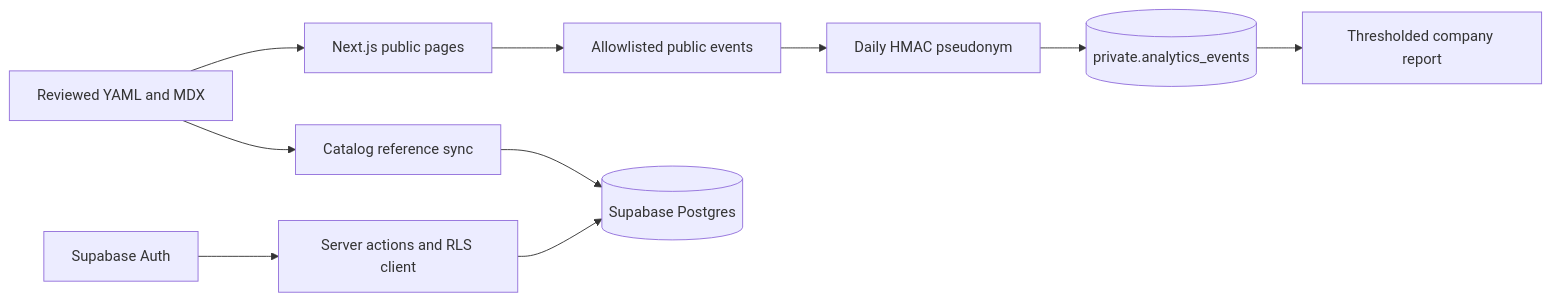
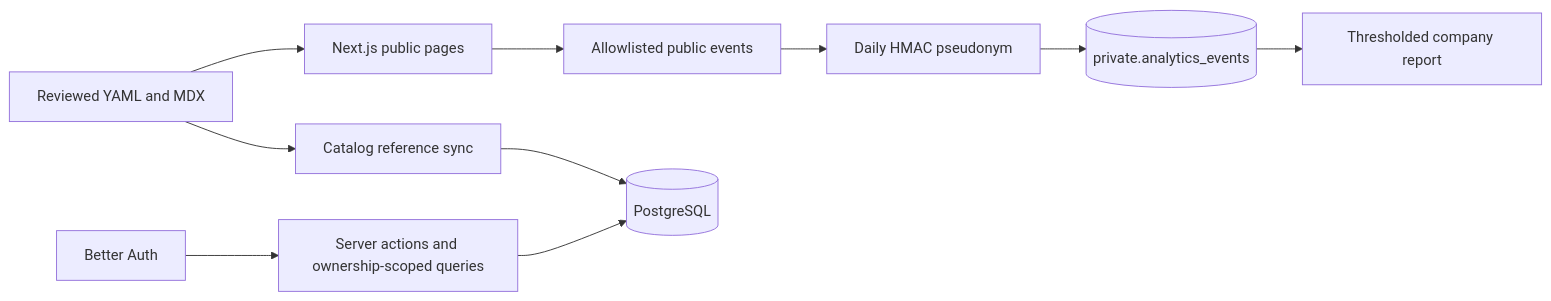
One commit to pavangudiwada/awesome-ai-sre changed the diagram in docs/agent-context/implementation.md. Above: the diagram before and after it, drawn with Mermaid. The commit also changed other lines of this file and 138 other files, not shown here.

````diff
--- a/docs/agent-context/implementation.md
+++ b/docs/agent-context/implementation.md
@@ -47,12 +51,12 @@
 ```mermaid
 flowchart LR
   Y[Reviewed YAML and MDX] --> N[Next.js public pages]
   Y --> S[Catalog reference sync]
-  S --> P[(Supabase Postgres)]
-  A[Supabase Auth] --> R[Server actions and RLS client]
+  S --> P[(PostgreSQL)]
+  A[Better Auth] --> R[Server actions and ownership-scoped queries]
   R --> P
   N --> E[Allowlisted public events]
   E --> H[Daily HMAC pseudonym]
   H --> X[(private.analytics_events)]
   X --> C[Thresholded company report]
 ```
````
